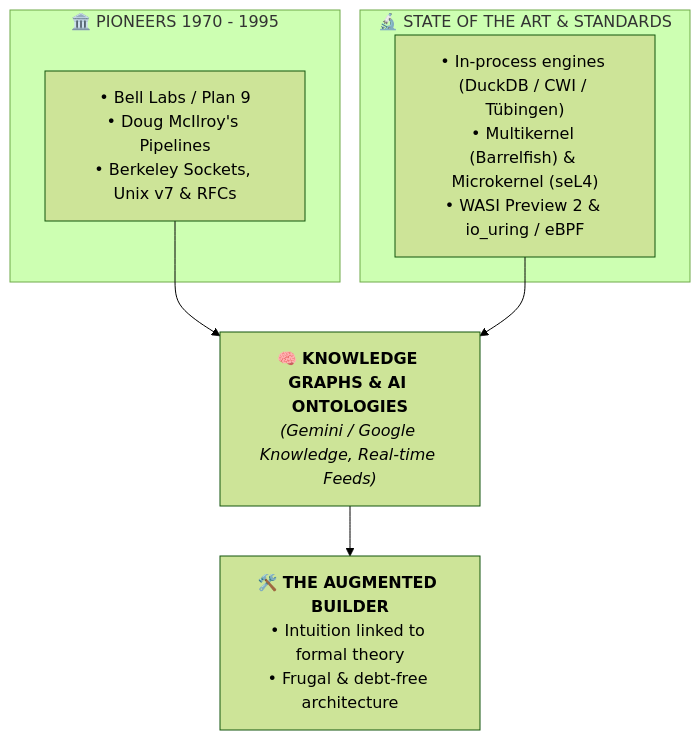
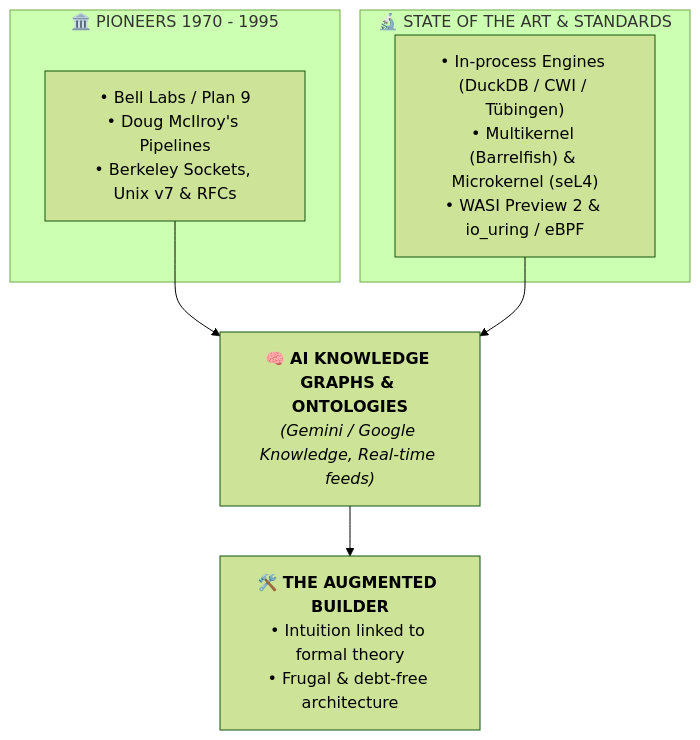
Before and after one commit to gpineda-dev/gpineda-dev.github.io: the sixth of 10 diagrams in content/posts/2026-09-19-ai-exoskelton-for-builders-not-oracle.md, drawn with Mermaid (forest theme). The commit also changed other lines of this file and 8 other files, not shown here.

````diff
--- a/content/posts/2026-09-19-ai-exoskelton-for-builders-not-oracle.md
+++ b/content/posts/2026-09-19-ai-exoskelton-for-builders-not-oracle.md
@@ -225,12 +275,12 @@
 ```mermaid
 flowchart TD
     subgraph Past["🏛️ PIONEERS 1970 - 1995"]
         P1["• Bell Labs / Plan 9<br>• Doug McIlroy's Pipelines<br>• Berkeley Sockets, Unix v7 & RFCs"]
     end
     subgraph Future["🔬 STATE OF THE ART & STANDARDS"]
-        F1["• In-process engines (DuckDB / CWI / Tübingen)<br>• Multikernel (Barrelfish) & Microkernel (seL4)<br>• WASI Preview 2 & io_uring / eBPF"]
+        F1["• In-process Engines (DuckDB / CWI / Tübingen)<br>• Multikernel (Barrelfish) & Microkernel (seL4)<br>• WASI Preview 2 & io_uring / eBPF"]
     end
-    P1 --> KG["🧠 <b>KNOWLEDGE GRAPHS & AI ONTOLOGIES</b><br><i>(Gemini / Google Knowledge, Real-time Feeds)</i>"]
+    P1 --> KG["🧠 <b>AI KNOWLEDGE GRAPHS & ONTOLOGIES</b><br><i>(Gemini / Google Knowledge, Real-time feeds)</i>"]
     F1 --> KG
     KG --> Builder["🛠️ <b>THE AUGMENTED BUILDER</b><br>• Intuition linked to formal theory<br>• Frugal & debt-free architecture"]
 ```
````
